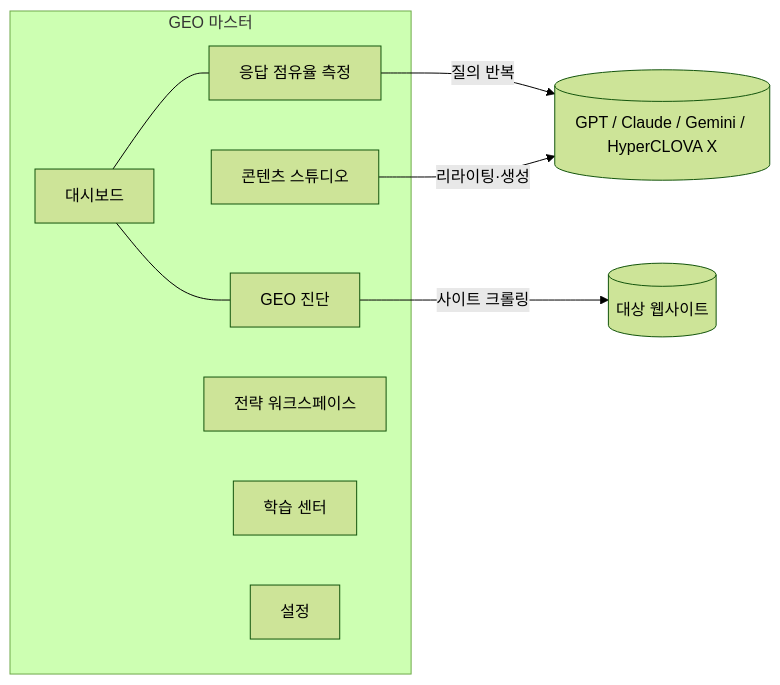
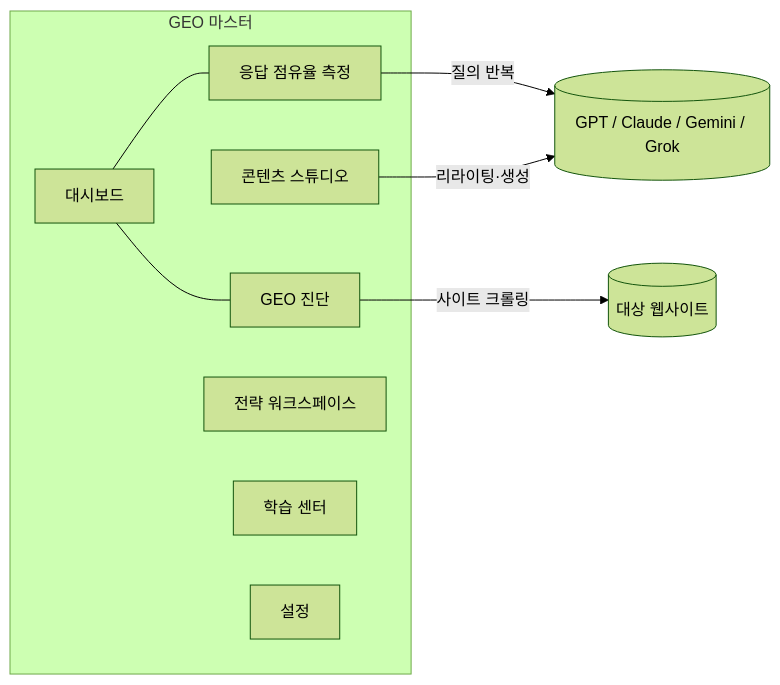
One commit to leecg39/GEO_master changed the diagram in GEO_마스터_앱_계획.md. Above: the diagram before and after it, drawn with Mermaid (forest theme). The commit also changed other lines of this file and 76 other files, not shown here.

````diff
--- a/GEO_마스터_앱_계획.md
+++ b/GEO_마스터_앱_계획.md
@@ -81,17 +81,17 @@
 ```mermaid
 flowchart LR
     subgraph app [GEO 마스터]
         dash[대시보드]
         audit[GEO 진단]
         share[응답 점유율 측정]
         studio[콘텐츠 스튜디오]
         strategy[전략 워크스페이스]
         learn[학습 센터]
         settings[설정]
     end
     audit -->|사이트 크롤링| web[(대상 웹사이트)]
-    share -->|질의 반복| llm[(GPT / Claude / Gemini / HyperCLOVA X)]
+    share -->|질의 반복| llm[(GPT / Claude / Gemini / Grok)]
     studio -->|리라이팅·생성| llm
     dash --- share
     dash --- audit
 ```
````
